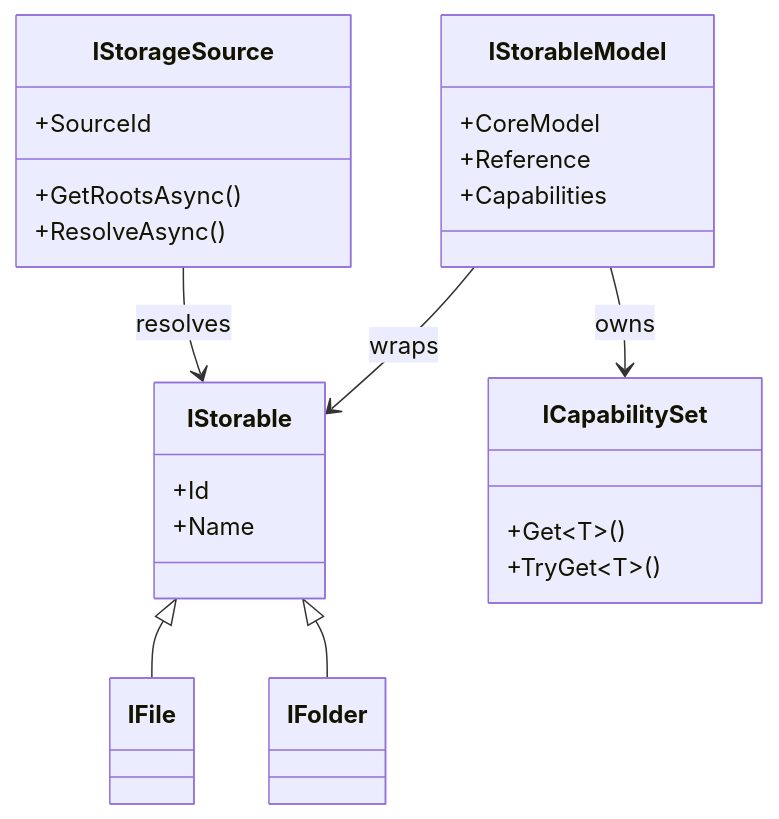
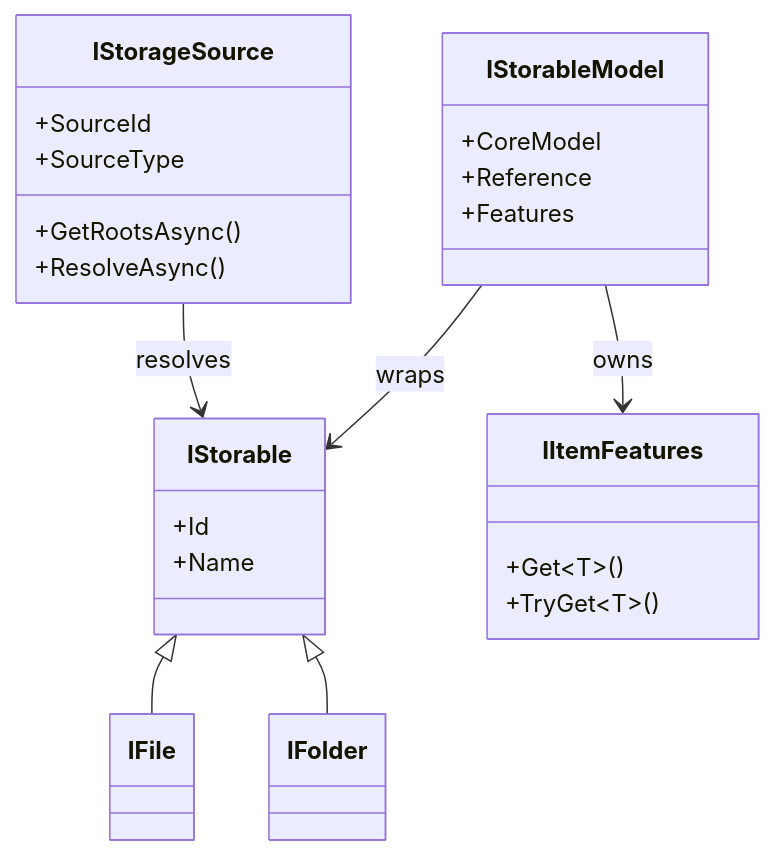
Before and after one commit to 0x5bfa/Files: the first of 3 diagrams in docs/architecture/storage-models.md, drawn with Mermaid. The commit also changed other lines of this file and 260 other files, not shown here.

Commit message:
Simplify Files.Core architecture terminology

````diff
--- a/docs/architecture/storage-models.md
+++ b/docs/architecture/storage-models.md
@@ -17,29 +17,30 @@
 ```mermaid
 classDiagram
     class IStorageSource {
         +SourceId
+        +SourceType
         +GetRootsAsync()
         +ResolveAsync()
     }
     class IStorable {
         +Id
         +Name
     }
     class IFile
     class IFolder
     class IStorableModel {
         +CoreModel
         +Reference
-        +Capabilities
+        +Features
     }
-    class ICapabilitySet {
+    class IItemFeatures {
         +Get~T~()
         +TryGet~T~()
     }
 
     IStorable <|-- IFile
     IStorable <|-- IFolder
     IStorageSource --> IStorable : resolves
     IStorableModel --> IStorable : wraps
-    IStorableModel --> ICapabilitySet : owns
+    IStorableModel --> IItemFeatures : owns
 ```
````
